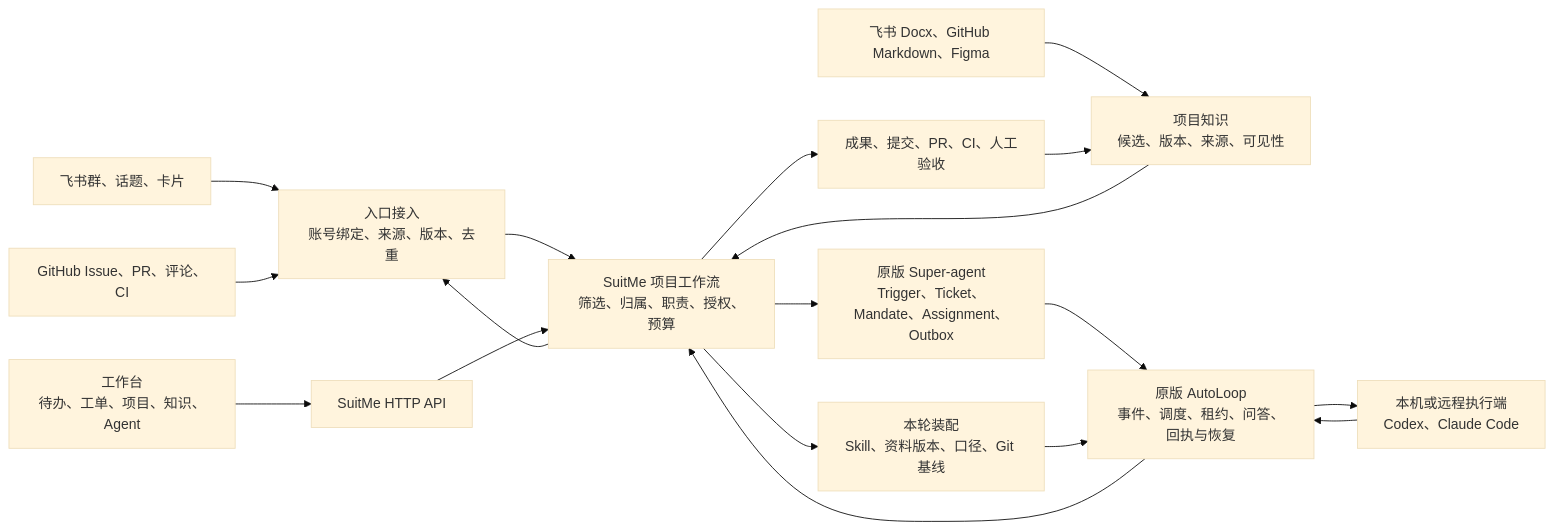
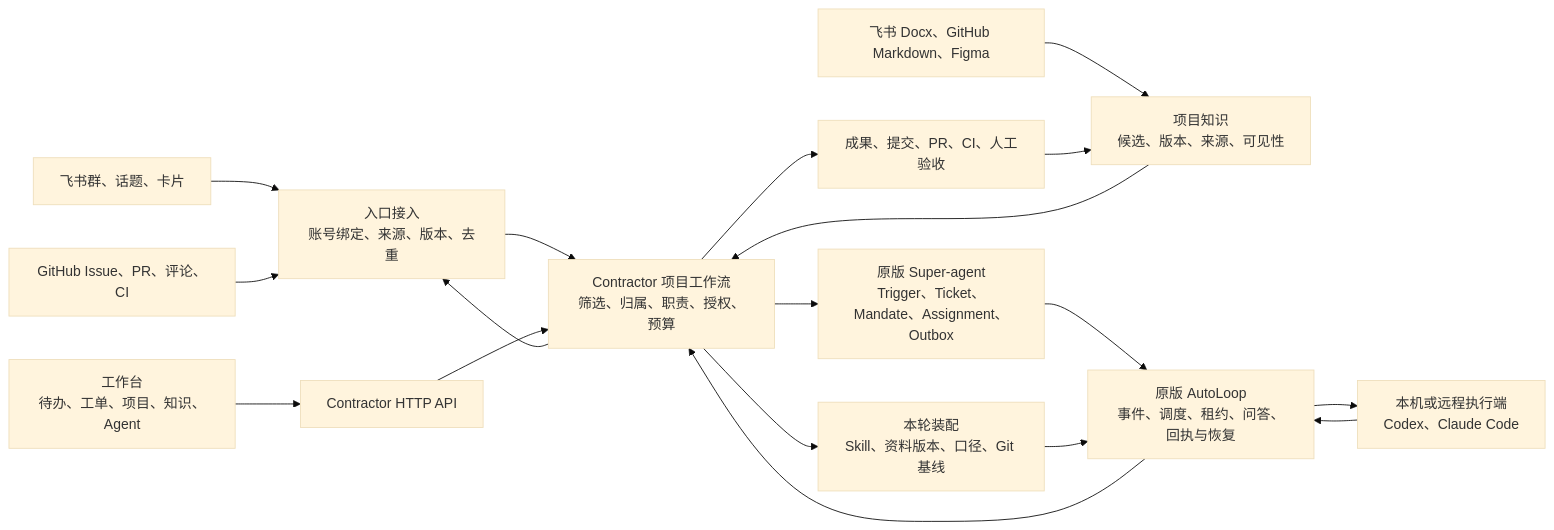
The first of 2 diagrams in docs/PRODUCT-CAPABILITY-MAP.md (zhegong-996/Contractor), drawn with Mermaid (base theme) before and after one commit. The commit also changed other lines of this file and 257 other files, not shown here.

````diff
--- a/docs/PRODUCT-CAPABILITY-MAP.md
+++ b/docs/PRODUCT-CAPABILITY-MAP.md
@@ -9,20 +9,20 @@
 ```mermaid
 flowchart LR
     FS["飞书群、话题、卡片"] --> IN["入口接入<br/>账号绑定、来源、版本、去重"]
     GH["GitHub Issue、PR、评论、CI"] --> IN
-    UI["工作台<br/>待办、工单、项目、知识、Agent"] --> API["SuitMe HTTP API"]
-    IN --> SU["SuitMe 项目工作流<br/>筛选、归属、职责、授权、预算"]
+    UI["工作台<br/>待办、工单、项目、知识、Agent"] --> API["Contractor HTTP API"]
+    IN --> SU["Contractor 项目工作流<br/>筛选、归属、职责、授权、预算"]
     API --> SU
     FILES["飞书 Docx、GitHub Markdown、Figma"] --> KB["项目知识<br/>候选、版本、来源、可见性"]
     KB --> SU
     SU --> SA["原版 Super-agent<br/>Trigger、Ticket、Mandate、Assignment、Outbox"]
     SA --> AL["原版 AutoLoop<br/>事件、调度、租约、问答、回执与恢复"]
     SU --> CTX["本轮装配<br/>Skill、资料版本、口径、Git 基线"]
     CTX --> AL
     AL --> RUN["本机或远程执行端<br/>Codex、Claude Code"]
     RUN --> AL
     AL --> SU
     SU --> DEL["成果、提交、PR、CI、人工验收"]
     DEL --> KB
     SU --> IN
 ```
````
